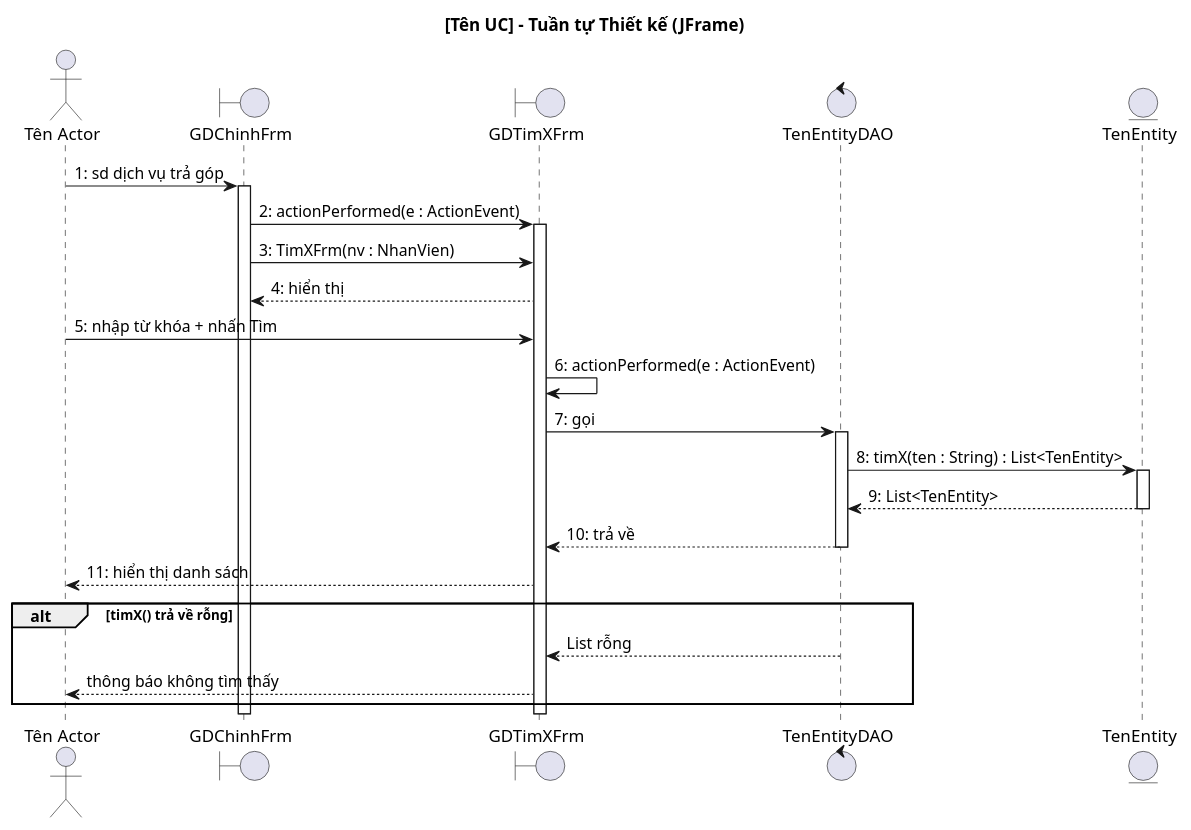
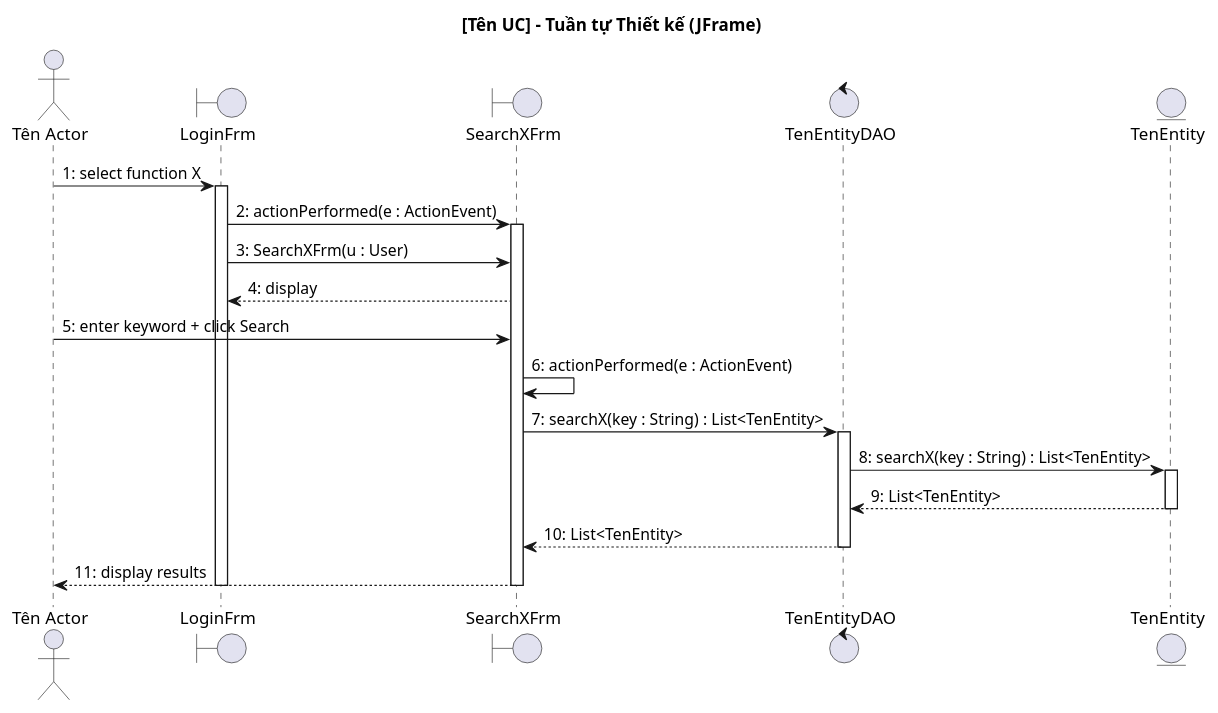
Before and after one commit to thanhtrnnn/cnpm: the first of 2 diagrams in .claude/skills/cnpm/references/iii.4_tuantu_thietke.md, drawn with PlantUML. The commit also changed other lines of this file and 5 other files, not shown here.

````diff
--- a/.claude/skills/cnpm/references/iii.4_tuantu_thietke.md
+++ b/.claude/skills/cnpm/references/iii.4_tuantu_thietke.md
@@ -55,34 +65,31 @@
 ```plantuml
 @startuml
 title [Tên UC] – Tuần tự Thiết kế (JFrame)
 
 actor "Tên Actor" as Actor
-boundary GDChinhFrm
-boundary GDTimXFrm
+boundary LoginFrm
+boundary SearchXFrm
 control TenEntityDAO
 entity TenEntity
 
-Actor -> GDChinhFrm : 1: sd dịch vụ trả góp
-activate GDChinhFrm
-GDChinhFrm -> GDTimXFrm : 2: actionPerformed(e : ActionEvent)
-activate GDTimXFrm
-GDChinhFrm -> GDTimXFrm : 3: TimXFrm(nv : NhanVien)
-GDTimXFrm --> GDChinhFrm : 4: hiển thị
-Actor -> GDTimXFrm : 5: nhập từ khóa + nhấn Tìm
-GDTimXFrm -> GDTimXFrm : 6: actionPerformed(e : ActionEvent)
-GDTimXFrm -> TenEntityDAO : 7: gọi
+Actor -> LoginFrm : 1: select function X
+activate LoginFrm
+LoginFrm -> SearchXFrm : 2: actionPerformed(e : ActionEvent)
+activate SearchXFrm
+LoginFrm -> SearchXFrm : 3: SearchXFrm(u : User)
+SearchXFrm --> LoginFrm : 4: display
+Actor -> SearchXFrm : 5: enter keyword + click Search
+SearchXFrm -> SearchXFrm : 6: actionPerformed(e : ActionEvent)
+SearchXFrm -> TenEntityDAO : 7: searchX(key : String) : List<TenEntity>
 activate TenEntityDAO
-TenEntityDAO -> TenEntity : 8: timX(ten : String) : List<TenEntity>
+TenEntityDAO -> TenEntity : 8: searchX(key : String) : List<TenEntity>
 activate TenEntity
 TenEntity --> TenEntityDAO : 9: List<TenEntity>
 deactivate TenEntity
-TenEntityDAO --> GDTimXFrm : 10: trả về
+TenEntityDAO --> SearchXFrm : 10: List<TenEntity>
 deactivate TenEntityDAO
-GDTimXFrm --> Actor : 11: hiển thị danh sách
-
-alt timX() trả về rỗng
-  TenEntityDAO --> GDTimXFrm : List rỗng
-  GDTimXFrm --> Actor : thông báo không tìm thấy
-end
+SearchXFrm --> Actor : 11: display results
+deactivate SearchXFrm
+deactivate LoginFrm
 @enduml
 ```
````
